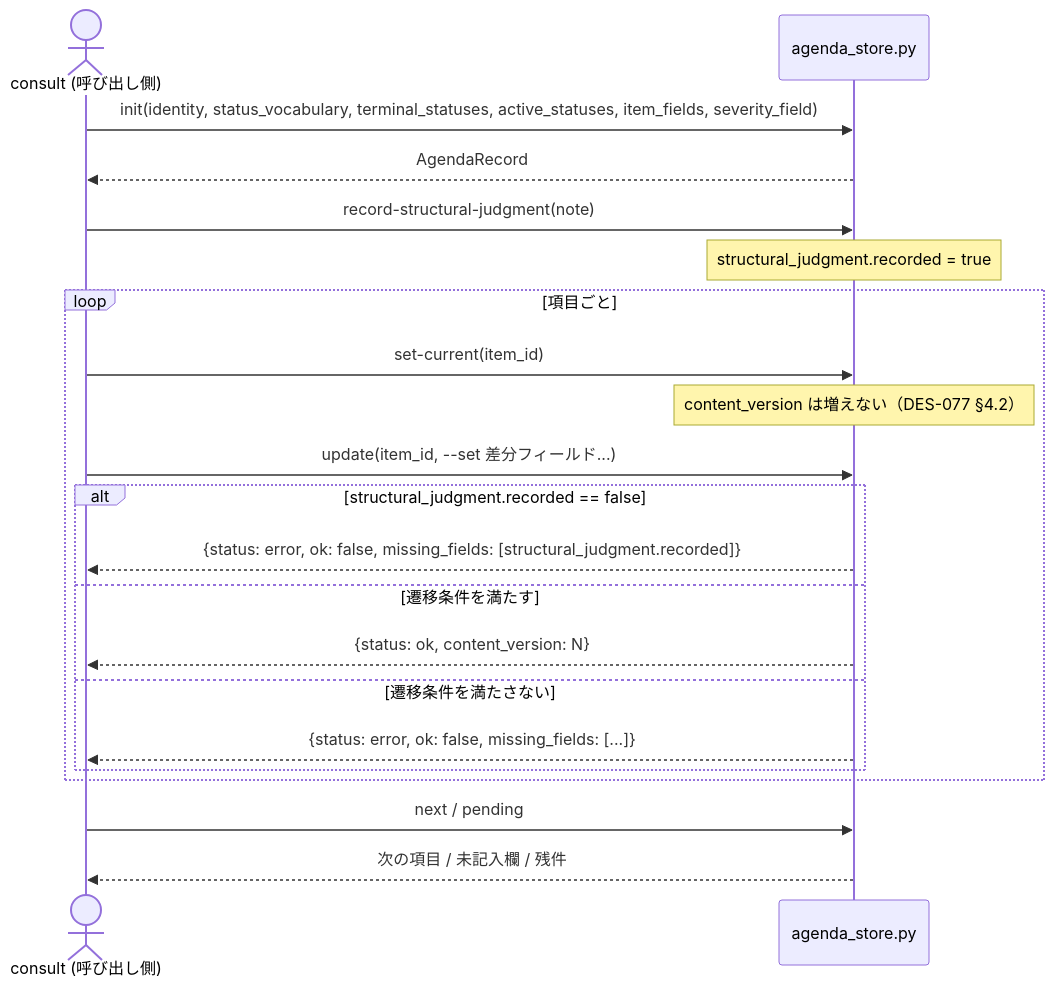
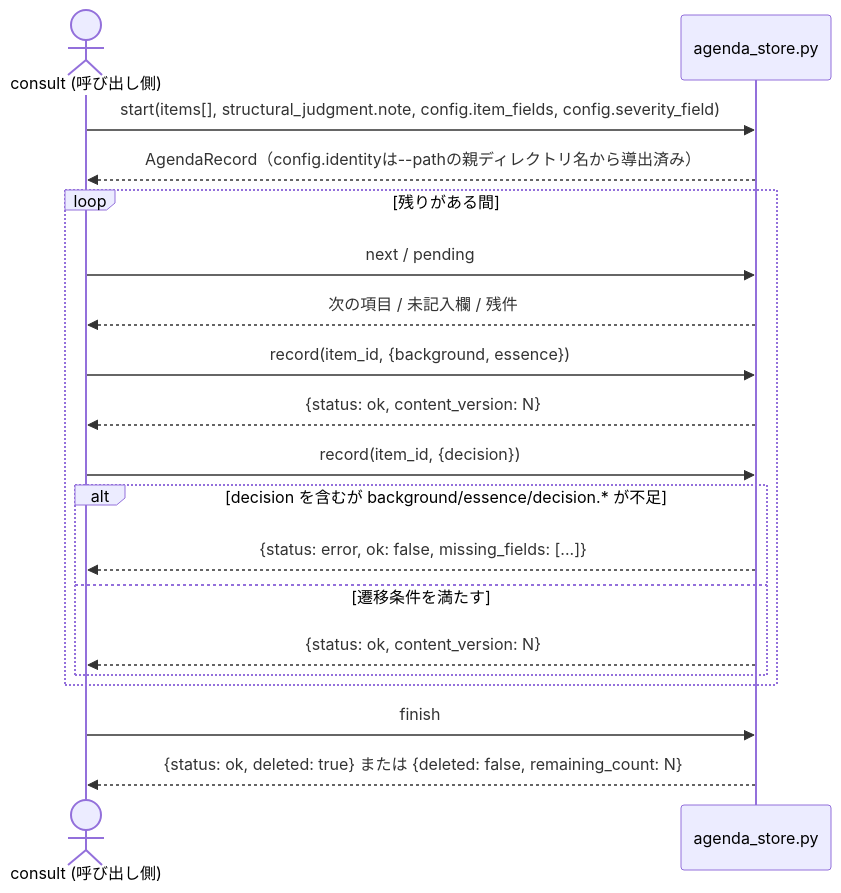
The third of 3 diagrams in docs/specs/consult/agenda/design/DES-075_agenda_mechanism_design.md (BlueEventHorizon/bw-cc-plugins), drawn with Mermaid before and after one commit. The commit also changed other lines of this file and 12 other files, not shown here.

First line of the commit message:
docs(agenda): 状態語彙全廃・新CLI設計を反映しDES-075/077・REQ-017を改訂し、review本体設計(DES-066)にreviewer/evaluator結合を追加、実装計画を作り直す

````diff
--- a/docs/specs/consult/agenda/design/DES-075_agenda_mechanism_design.md
+++ b/docs/specs/consult/agenda/design/DES-075_agenda_mechanism_design.md
@@ -281,27 +280,26 @@
 ```mermaid
 sequenceDiagram
     actor Consult as consult (呼び出し側)
     participant Store as agenda_store.py
 
-    Consult ->> Store: init(identity, status_vocabulary, terminal_statuses, active_statuses, item_fields, severity_field)
-    Store -->> Consult: AgendaRecord
+    Consult ->> Store: start(items[], structural_judgment.note, config.item_fields, config.severity_field)
+    Store -->> Consult: AgendaRecord（config.identityは--pathの親ディレクトリ名から導出済み）
 
-    Consult ->> Store: record-structural-judgment(note)
-    Note over Store: structural_judgment.recorded = true
+    loop 残りがある間
+        Consult ->> Store: next / pending
+        Store -->> Consult: 次の項目 / 未記入欄 / 残件
 
-    loop 項目ごと
-        Consult ->> Store: set-current(item_id)
-        Note over Store: content_version は増えない（DES-077 §4.2）
-        Consult ->> Store: update(item_id, --set 差分フィールド...)
-        alt structural_judgment.recorded == false
-            Store -->> Consult: {status: error, ok: false, missing_fields: [structural_judgment.recorded]}
+        Consult ->> Store: record(item_id, {background, essence})
+        Store -->> Consult: {status: ok, content_version: N}
+
+        Consult ->> Store: record(item_id, {decision})
+        alt decision を含むが background/essence/decision.* が不足
+            Store -->> Consult: {status: error, ok: false, missing_fields: [...]}
         else 遷移条件を満たす
             Store -->> Consult: {status: ok, content_version: N}
-        else 遷移条件を満たさない
-            Store -->> Consult: {status: error, ok: false, missing_fields: [...]}
         end
     end
 
-    Consult ->> Store: next / pending
-    Store -->> Consult: 次の項目 / 未記入欄 / 残件
+    Consult ->> Store: finish
+    Store -->> Consult: {status: ok, deleted: true} または {deleted: false, remaining_count: N}
 ```
````
